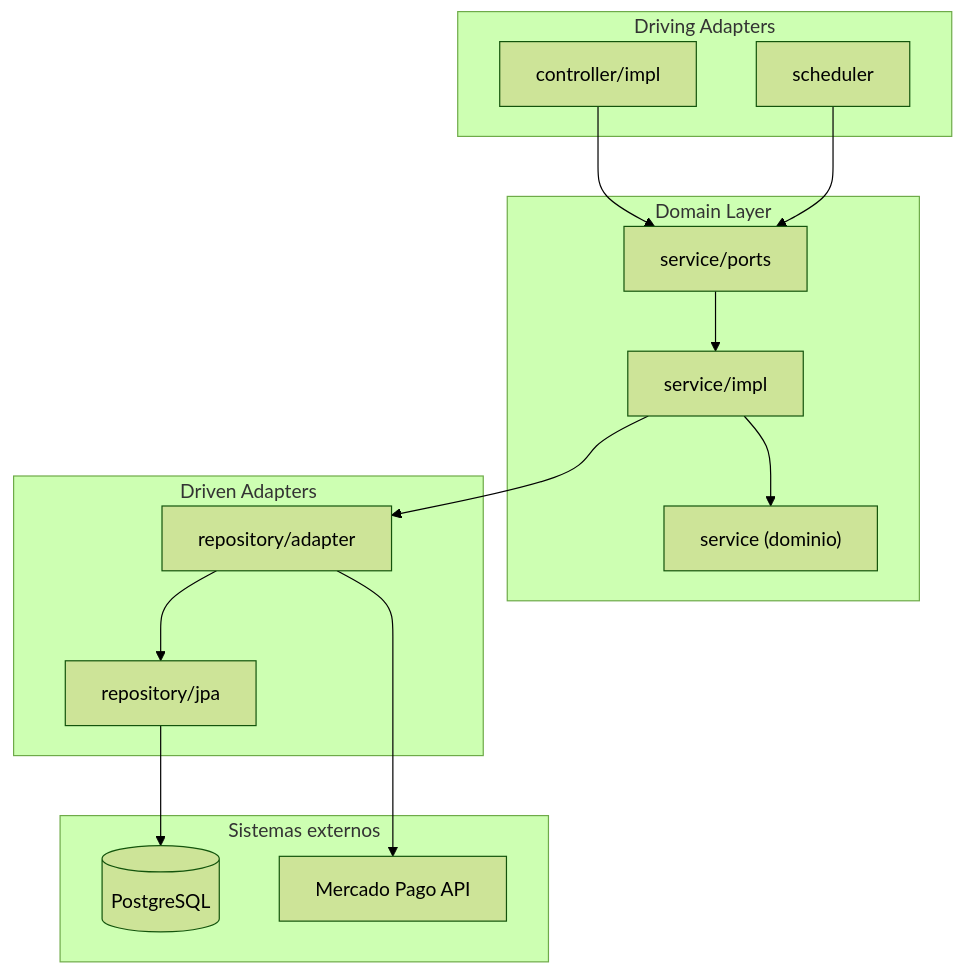
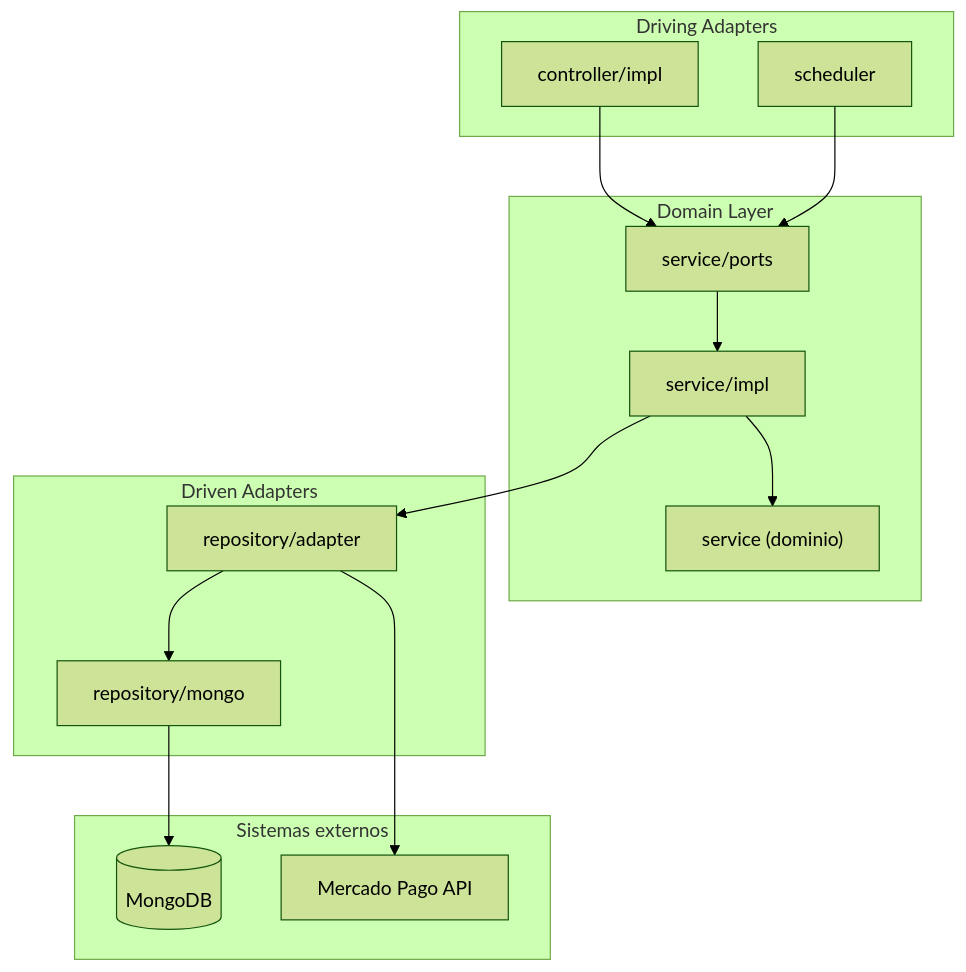
The diagram in docs/arquitectura.md (TECH-CUP-2026-INT/mk-payment-service), drawn with Mermaid (forest theme) before and after one commit. The commit also changed other lines of this file and 39 other files, not shown here.

````diff
--- a/docs/arquitectura.md
+++ b/docs/arquitectura.md
@@ -7,30 +7,30 @@
 ```mermaid
 flowchart TB
     subgraph driving["Driving Adapters"]
         IMPL["controller/impl"]
         SCHED["scheduler"]
     end
 
     subgraph domain["Domain Layer"]
         PORTS["service/ports"]
         SVC["service/impl"]
         DOM["service (dominio)"]
     end
 
     subgraph driven["Driven Adapters"]
-        JPAREPO["repository/jpa"]
+        MONGOREPO["repository/mongo"]
         ADAPTER["repository/adapter"]
     end
 
     subgraph external["Sistemas externos"]
-        DB[("PostgreSQL")]
+        DB[("MongoDB")]
         MP["Mercado Pago API"]
     end
 
     IMPL --> PORTS
     SCHED --> PORTS
     PORTS --> SVC --> DOM
     SVC --> ADAPTER
-    ADAPTER --> JPAREPO --> DB
+    ADAPTER --> MONGOREPO --> DB
     ADAPTER --> MP
 ```
````
